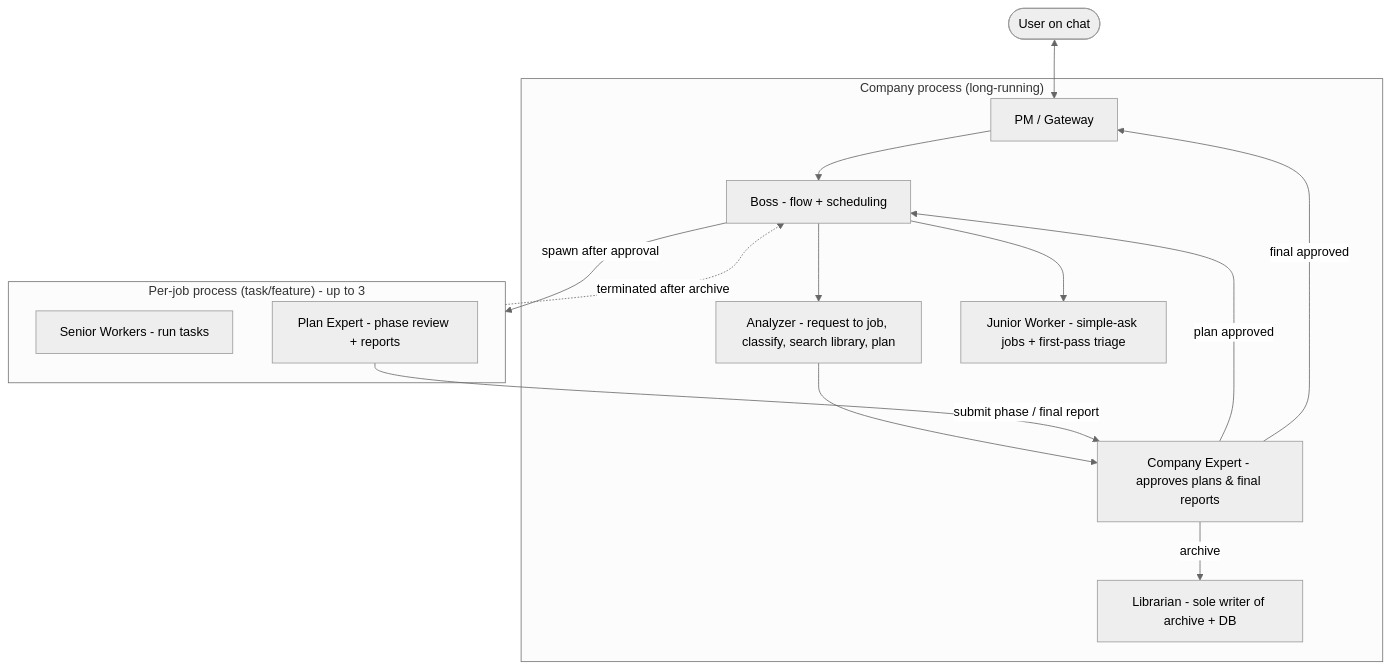
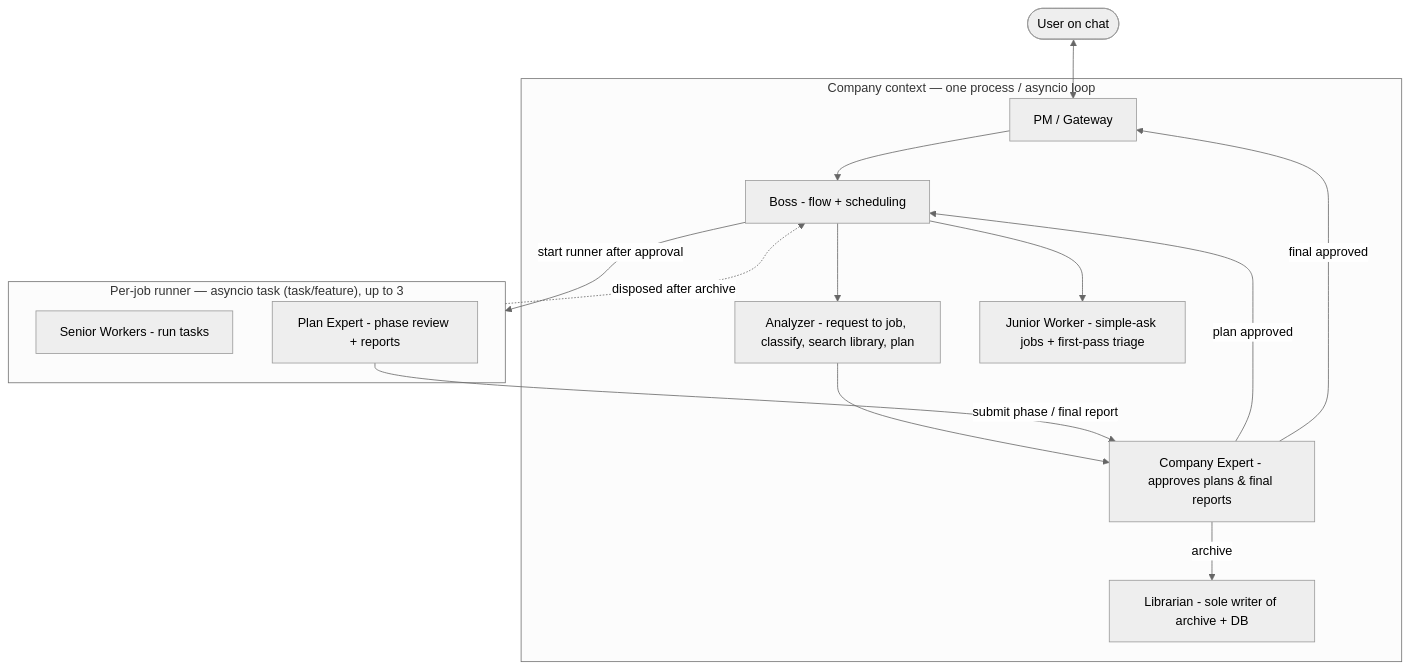
The fourth of 11 diagrams in docs/design-spec.md (AbelHu/ai-research), drawn with Mermaid (neutral theme) before and after one commit. The commit also changed other lines of this file and 2 other files, not shown here.

Commit message:
do not use process for job

````diff
--- a/docs/design-spec.md
+++ b/docs/design-spec.md
@@ -253,31 +255,31 @@
 ```mermaid
 flowchart TB
   USER([User on chat]) <--> PM
 
-  subgraph COMPANY["Company process (long-running)"]
+  subgraph COMPANY["Company context — one process / asyncio loop"]
     PM[PM / Gateway]
     BOSS[Boss - flow + scheduling]
     ANALYZER[Analyzer - request to job, classify, search library, plan]
     JUNIOR[Junior Worker - simple-ask jobs + first-pass triage]
     CEXPERT[Company Expert - approves plans & final reports]
     LIBRARIAN[Librarian - sole writer of archive + DB]
   end
 
   PM --> BOSS
   BOSS --> ANALYZER
   BOSS --> JUNIOR
   ANALYZER --> CEXPERT
   CEXPERT -->|plan approved| BOSS
 
-  BOSS -->|spawn after approval| P1
+  BOSS -->|start runner after approval| P1
 
-  subgraph P1["Per-job process (task/feature) - up to 3"]
+  subgraph P1["Per-job runner — asyncio task (task/feature), up to 3"]
     SENIOR[Senior Workers - run tasks]
     PEXPERT[Plan Expert - phase review + reports]
   end
 
   PEXPERT -->|submit phase / final report| CEXPERT
   CEXPERT -->|final approved| PM
   CEXPERT -->|archive| LIBRARIAN
-  P1 -.terminated after archive.-> BOSS
+  P1 -.disposed after archive.-> BOSS
 ```
````
